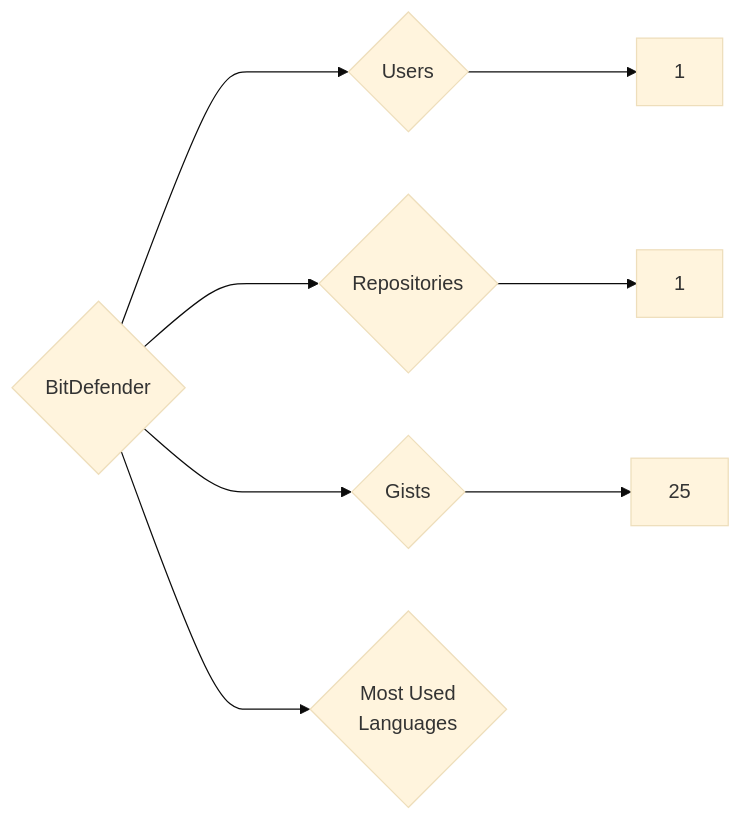
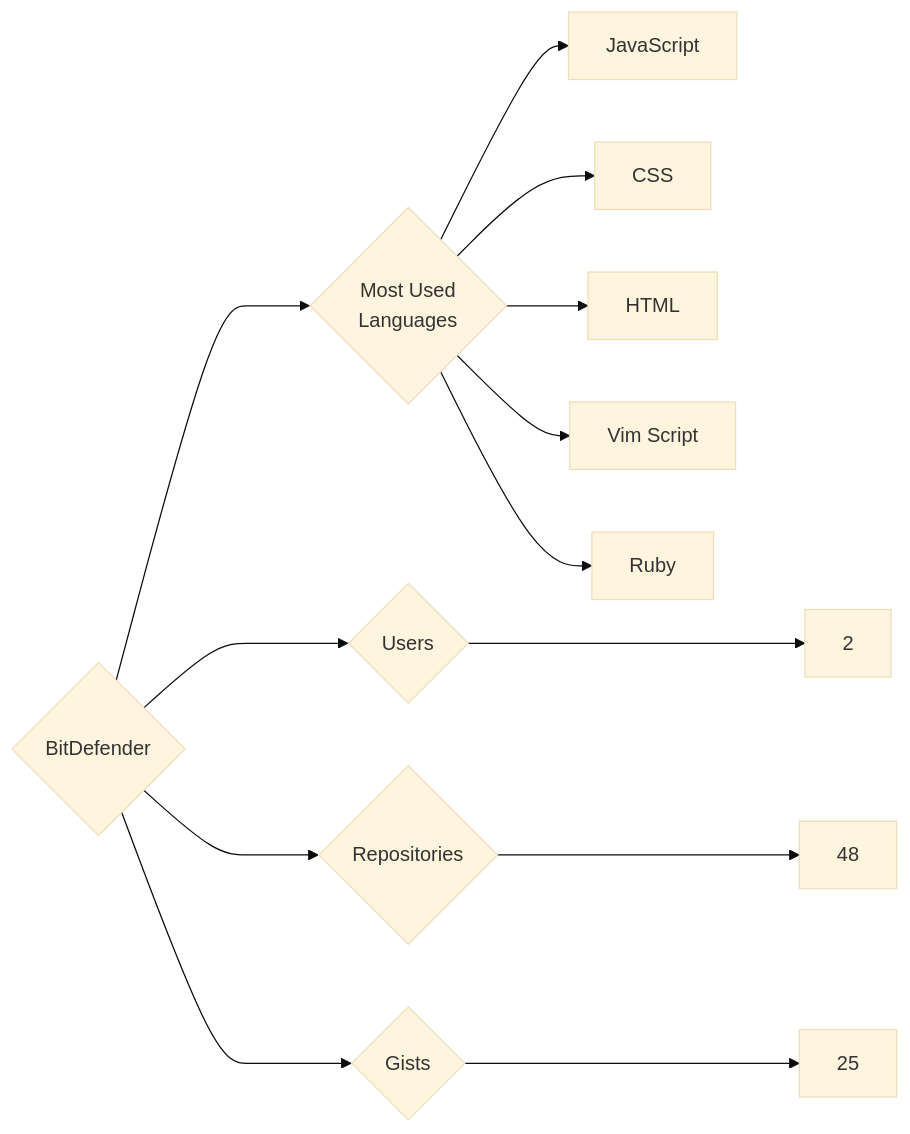
One commit to trickest/insiders changed the diagram in targets/BitDefender/README.md. Above: the diagram before and after it, drawn with Mermaid (base theme). The commit also changed 1055 other files, not shown here.

````diff
--- a/targets/BitDefender/README.md
+++ b/targets/BitDefender/README.md
@@ -3,8 +3,13 @@
 ```mermaid
 graph LR
 COMPANY_NAME{BitDefender}
-COMPANY_NAME ---> U{Users} ---> UN[1]
-COMPANY_NAME ---> R{Repositories} ---> RN[1]
+COMPANY_NAME ---> U{Users} ---> UN[2]
+COMPANY_NAME ---> R{Repositories} ---> RN[48]
 COMPANY_NAME ---> G{Gists} ---> GN[25]
 COMPANY_NAME ---> ML{Most Used<br>Languages}
+ML --> JavaScript[JavaScript]
+ML --> CSS[CSS]
+ML --> HTML[HTML]
+ML --> Vim_Script[Vim Script]
+ML --> Ruby[Ruby]
 ```
````
